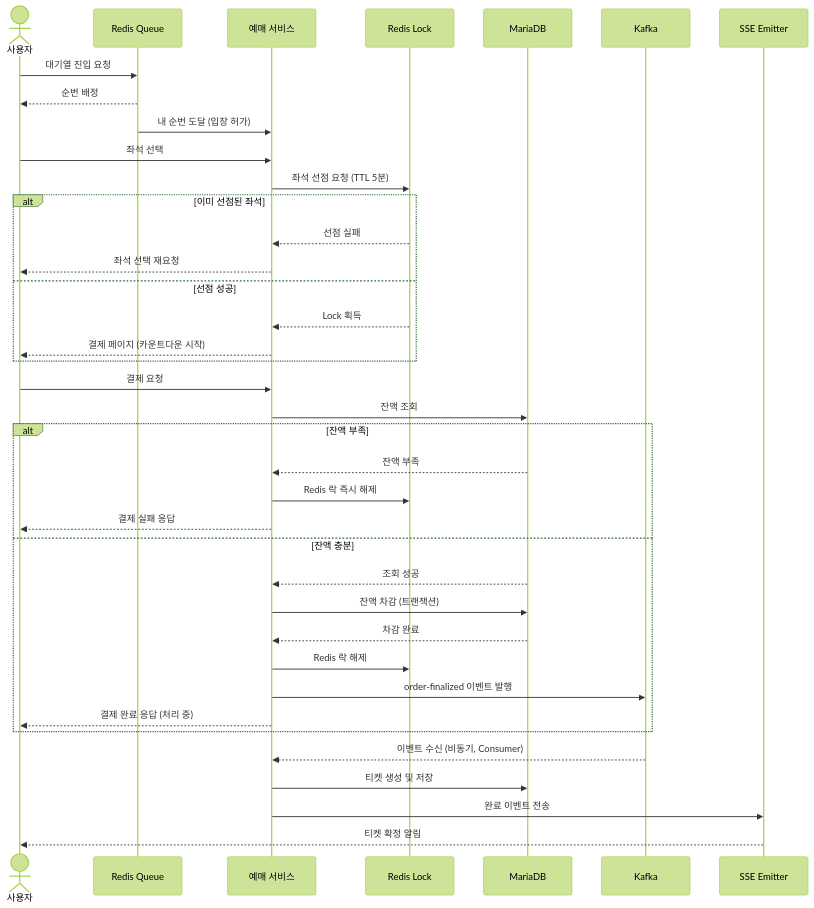
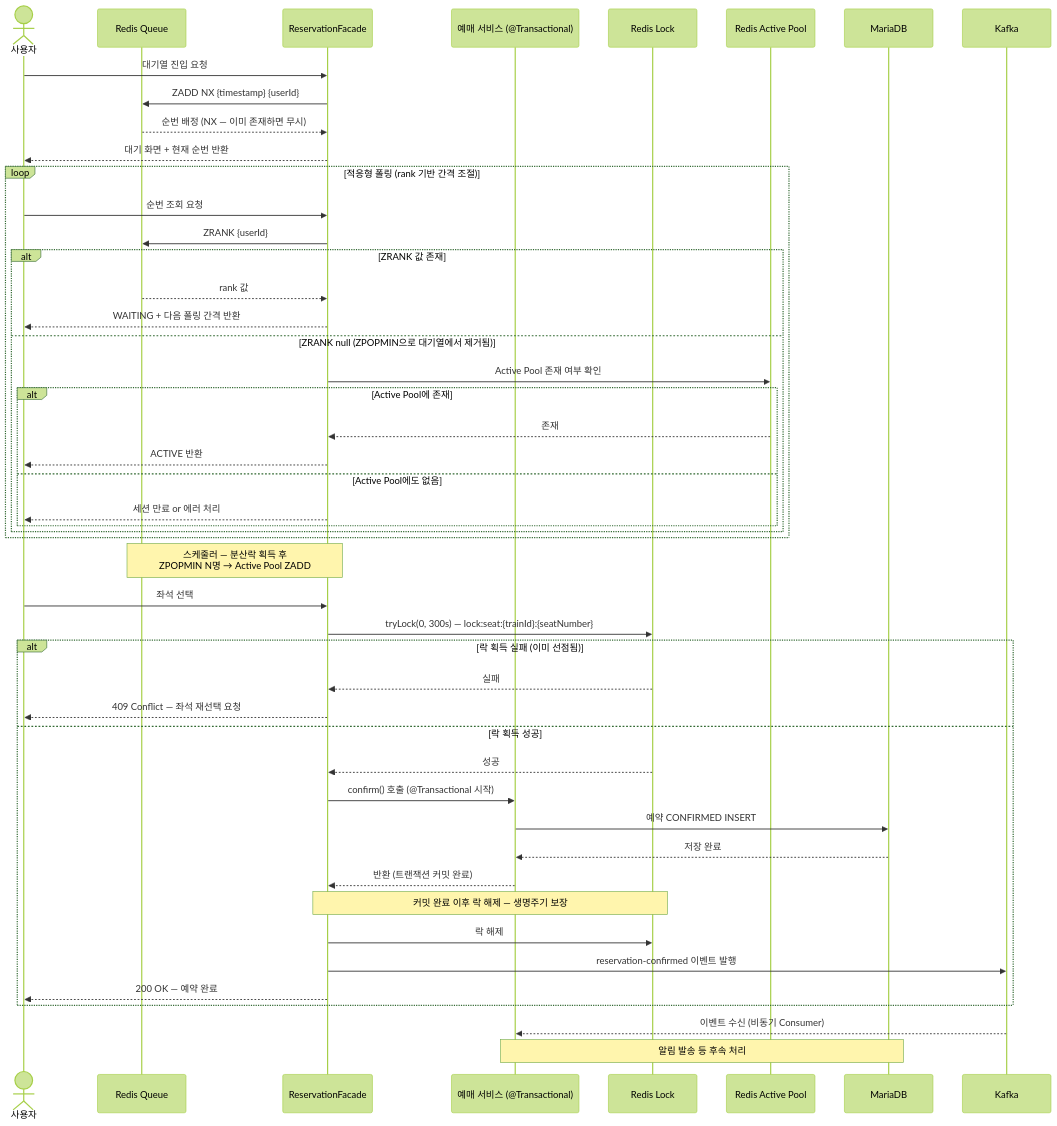
Before and after one commit to edel1212/ticket: the diagram in docs/trd.md, drawn with Mermaid (forest theme). The commit also changed other lines of this file, not shown here.

````diff
--- a/docs/trd.md
+++ b/docs/trd.md
@@ -30,46 +32,56 @@
 ```mermaid
 sequenceDiagram
     actor User as 사용자
     participant Queue as Redis Queue
-    participant Svc as 예매 서비스
+    participant Facade as ReservationFacade
+    participant Svc as 예매 서비스 (@Transactional)
     participant Lock as Redis Lock
+    participant Active as Redis Active Pool
     participant DB as MariaDB
     participant Kafka as Kafka
-    participant SSE as SSE Emitter
 
-    User->>Queue: 대기열 진입 요청
-    Queue-->>User: 순번 배정
+    User->>Facade: 대기열 진입 요청
+    Facade->>Queue: ZADD NX {timestamp} {userId}
+    Queue-->>Facade: 순번 배정 (NX — 이미 존재하면 무시)
+    Facade-->>User: 대기 화면 + 현재 순번 반환
 
-    Queue->>Svc: 내 순번 도달 (입장 허가)
-    User->>Svc: 좌석 선택
-
-    Svc->>Lock: 좌석 선점 요청 (TTL 5분)
-    alt 이미 선점된 좌석
-        Lock-->>Svc: 선점 실패
-        Svc-->>User: 좌석 선택 재요청
-    else 선점 성공
-        Lock-->>Svc: Lock 획득
-        Svc-->>User: 결제 페이지 (카운트다운 시작)
+    loop 적응형 폴링 (rank 기반 간격 조절)
+        User->>Facade: 순번 조회 요청
+        Facade->>Queue: ZRANK {userId}
+        alt ZRANK 값 존재
+            Queue-->>Facade: rank 값
+            Facade-->>User: WAITING + 다음 폴링 간격 반환
+        else ZRANK null (ZPOPMIN으로 대기열에서 제거됨)
+            Facade->>Active: Active Pool 존재 여부 확인
+            alt Active Pool에 존재
+                Active-->>Facade: 존재
+                Facade-->>User: ACTIVE 반환
+            else Active Pool에도 없음
+                Facade-->>User: 세션 만료 or 에러 처리
+            end
+        end
     end
 
-    User->>Svc: 결제 요청
-    Svc->>DB: 잔액 조회
+    Note over Facade,Queue: 스케줄러 — 분산락 획득 후<br/>ZPOPMIN N명 → Active Pool ZADD
 
-    alt 잔액 부족
-        DB-->>Svc: 잔액 부족
-        Svc->>Lock: Redis 락 즉시 해제
-        Svc-->>User: 결제 실패 응답
-    else 잔액 충분
-        DB-->>Svc: 조회 성공
-        Svc->>DB: 잔액 차감 (트랜잭션)
-        DB-->>Svc: 차감 완료
-        Svc->>Lock: Redis 락 해제
-        Svc->>Kafka: order-finalized 이벤트 발행
-        Svc-->>User: 결제 완료 응답 (처리 중)
+    User->>Facade: 좌석 선택
+    Facade->>Lock: tryLock(0, 300s) — lock:seat:{trainId}:{seatNumber}
+
+    alt 락 획득 실패 (이미 선점됨)
+        Lock-->>Facade: 실패
+        Facade-->>User: 409 Conflict — 좌석 재선택 요청
+    else 락 획득 성공
+        Lock-->>Facade: 성공
+        Facade->>Svc: confirm() 호출 (@Transactional 시작)
+        Svc->>DB: 예약 CONFIRMED INSERT
+        DB-->>Svc: 저장 완료
+        Svc-->>Facade: 반환 (트랜잭션 커밋 완료)
+        Note over Facade,Lock: 커밋 완료 이후 락 해제 — 생명주기 보장
+        Facade->>Lock: 락 해제
+        Facade->>Kafka: reservation-confirmed 이벤트 발행
+        Facade-->>User: 200 OK — 예약 완료
     end
 
-    Kafka-->>Svc: 이벤트 수신 (비동기, Consumer)
-    Svc->>DB: 티켓 생성 및 저장
-    Svc->>SSE: 완료 이벤트 전송
-    SSE-->>User: 티켓 확정 알림
+    Kafka-->>Svc: 이벤트 수신 (비동기 Consumer)
+    Note over Svc,DB: 알림 발송 등 후속 처리
 ```
````
